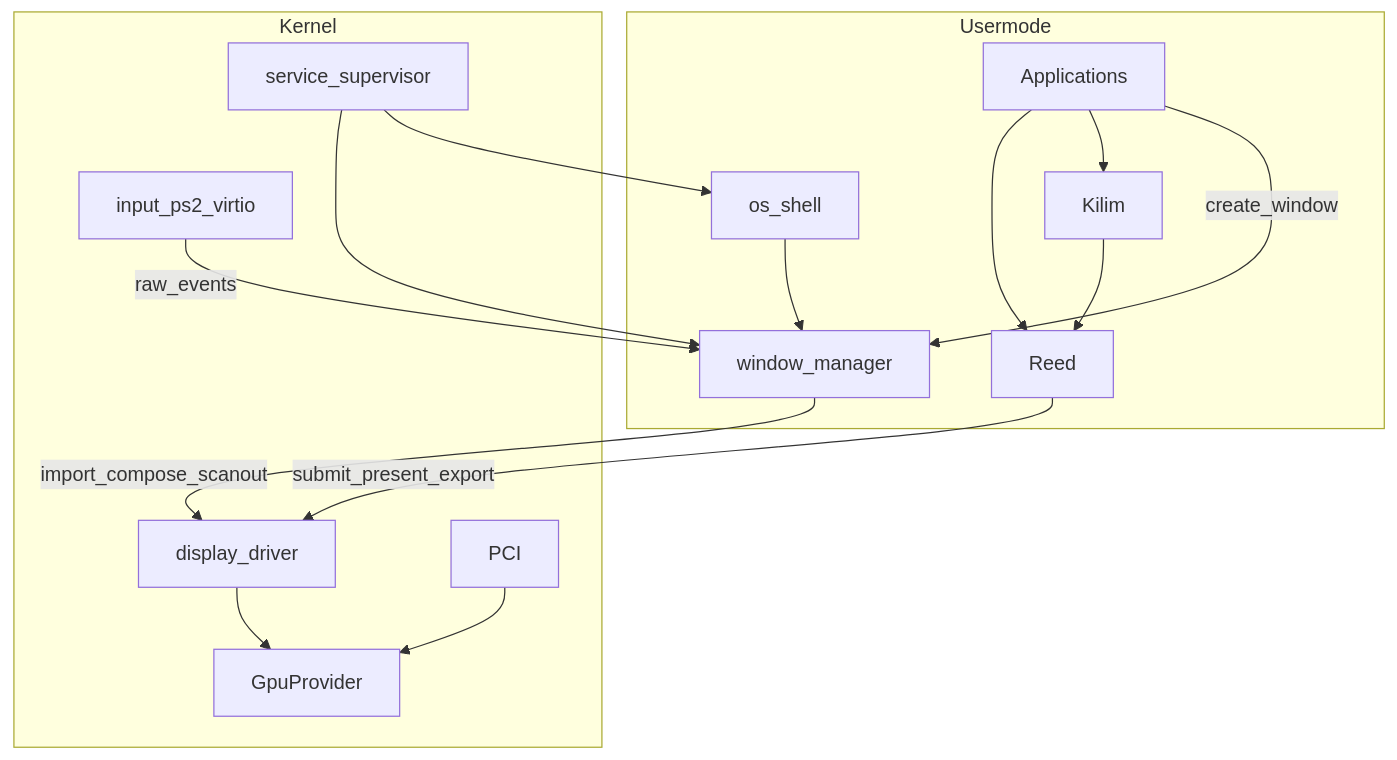
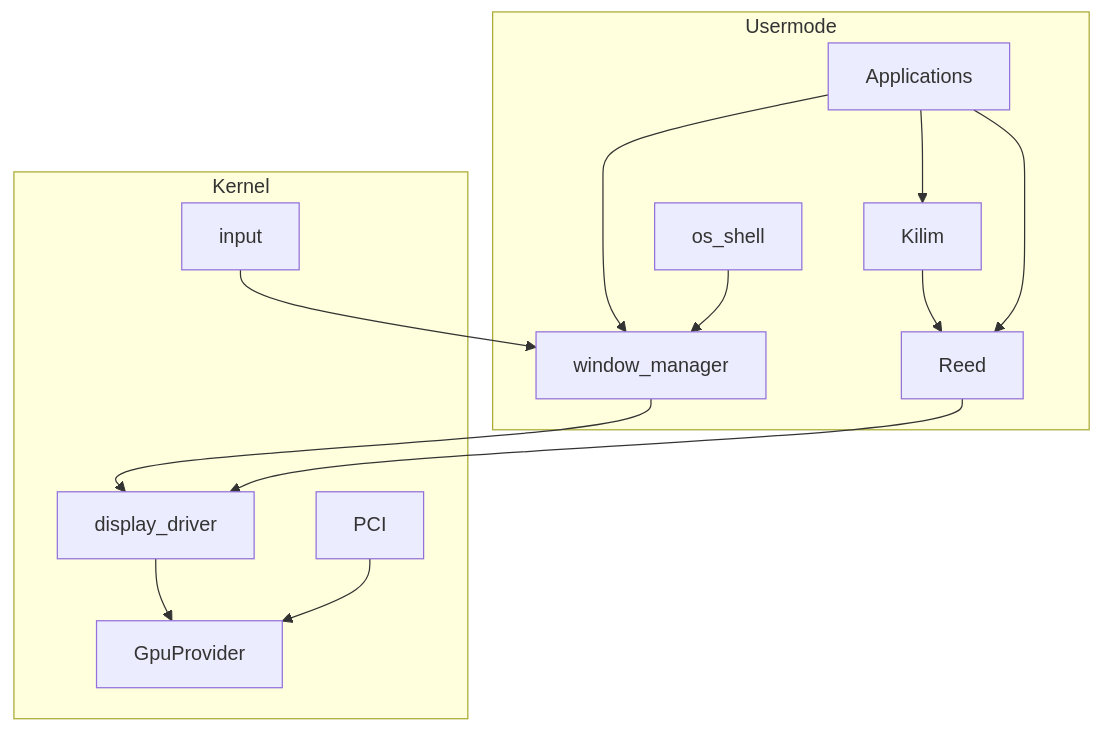
Before and after one commit to hasirciogluhq/hsrc-kernel: the diagram in .cursor/plans/gpu_display_stack_bc5f6172.plan.md, drawn with Mermaid. The commit also changed other lines of this file and 2 other files, not shown here.

First line of the commit message:
Refactor God-level Window API and GPU Display Stack plans for clarity and structure

````diff
--- a/.cursor/plans/gpu_display_stack_bc5f6172.plan.md
+++ b/.cursor/plans/gpu_display_stack_bc5f6172.plan.md
@@ -68,29 +72,26 @@
 ```mermaid
 flowchart TB
   subgraph usermode [Usermode]
     Kilim[Kilim]
     Reed[Reed]
     App[Applications]
     WM[window_manager]
     Shell[os_shell]
   end
   subgraph kernel [Kernel]
     DD[display_driver]
     GP[GpuProvider]
-    SVC[service_supervisor]
     PCI[PCI]
-    INP[input_ps2_virtio]
+    INP[input]
   end
   Kilim --> Reed
   App --> Reed
   App --> Kilim
-  App -->|"create_window"| WM
-  Reed -->|"submit_present_export"| DD
-  WM -->|"import_compose_scanout"| DD
+  App --> WM
+  Reed --> DD
+  WM --> DD
   Shell --> WM
-  INP -->|"raw_events"| WM
+  INP --> WM
   DD --> GP
   PCI --> GP
-  SVC --> WM
-  SVC --> Shell
 ```
````
